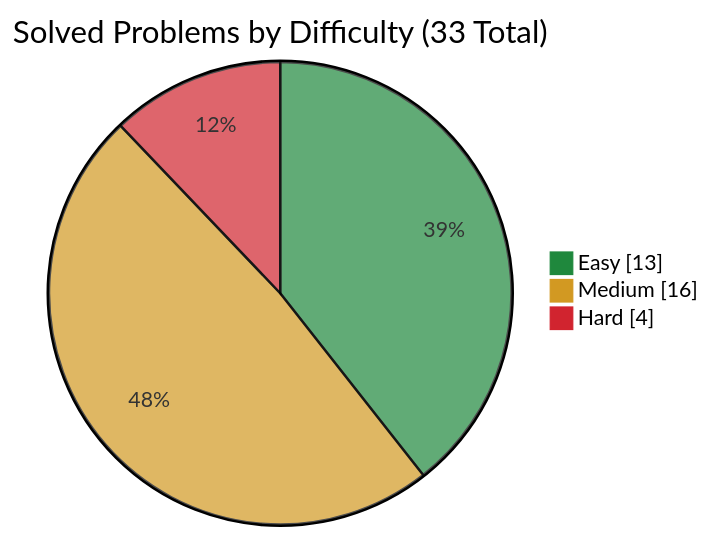
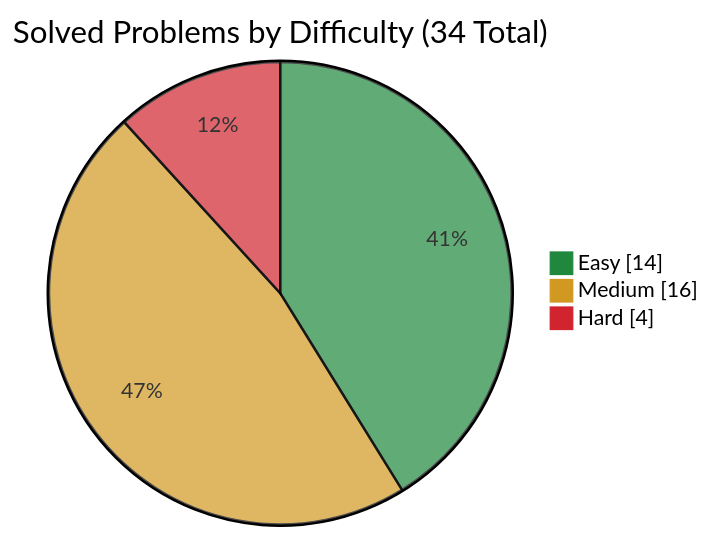
Before and after one commit to simonesiega/leetcode-solutions: the first of 3 diagrams in README.md, drawn with Mermaid. The commit also changed other lines of this file and 3 other files, not shown here.

````diff
--- a/README.md
+++ b/README.md
@@ -67,8 +67,8 @@
 ```mermaid
 %%{init: {"themeVariables": {"pie1": "#1f883d", "pie2": "#d29922", "pie3": "#d1242f"}}}%%
 pie showData
-    title Solved Problems by Difficulty (33 Total)
-    "Easy" : 13
+    title Solved Problems by Difficulty (34 Total)
+    "Easy" : 14
     "Medium" : 16
     "Hard" : 4
 ```
````
